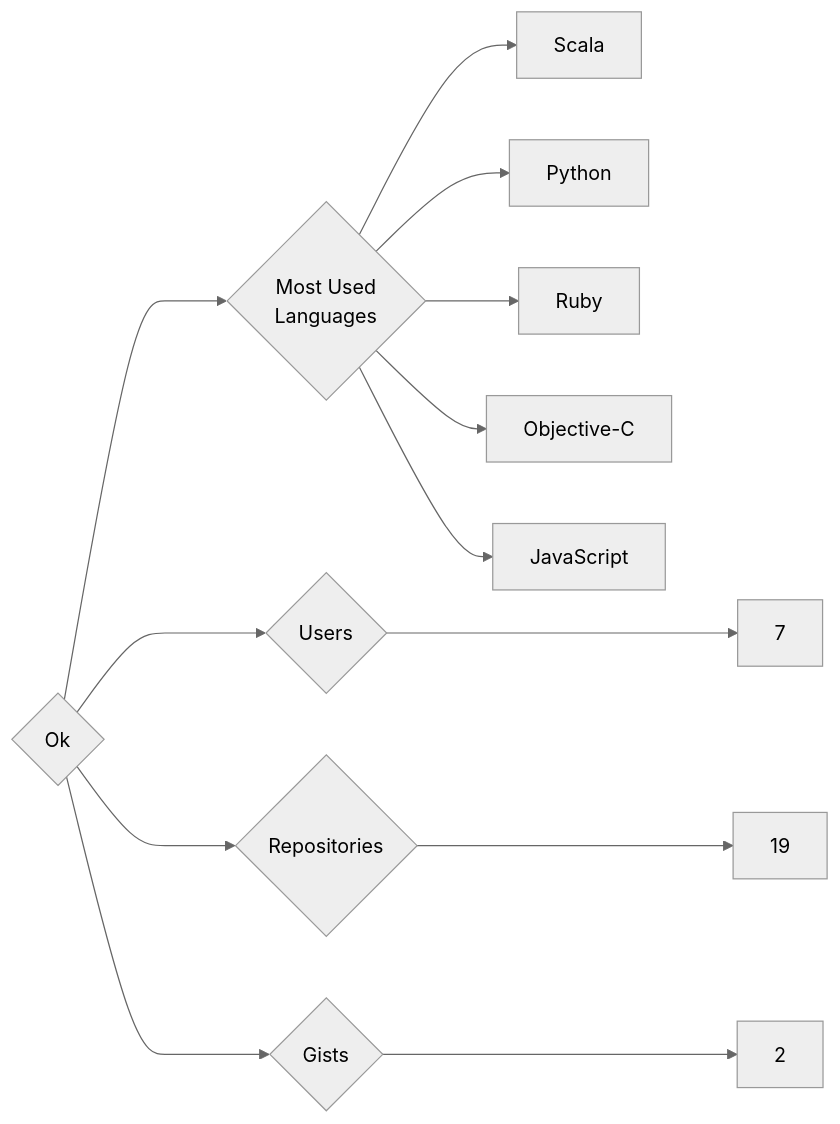
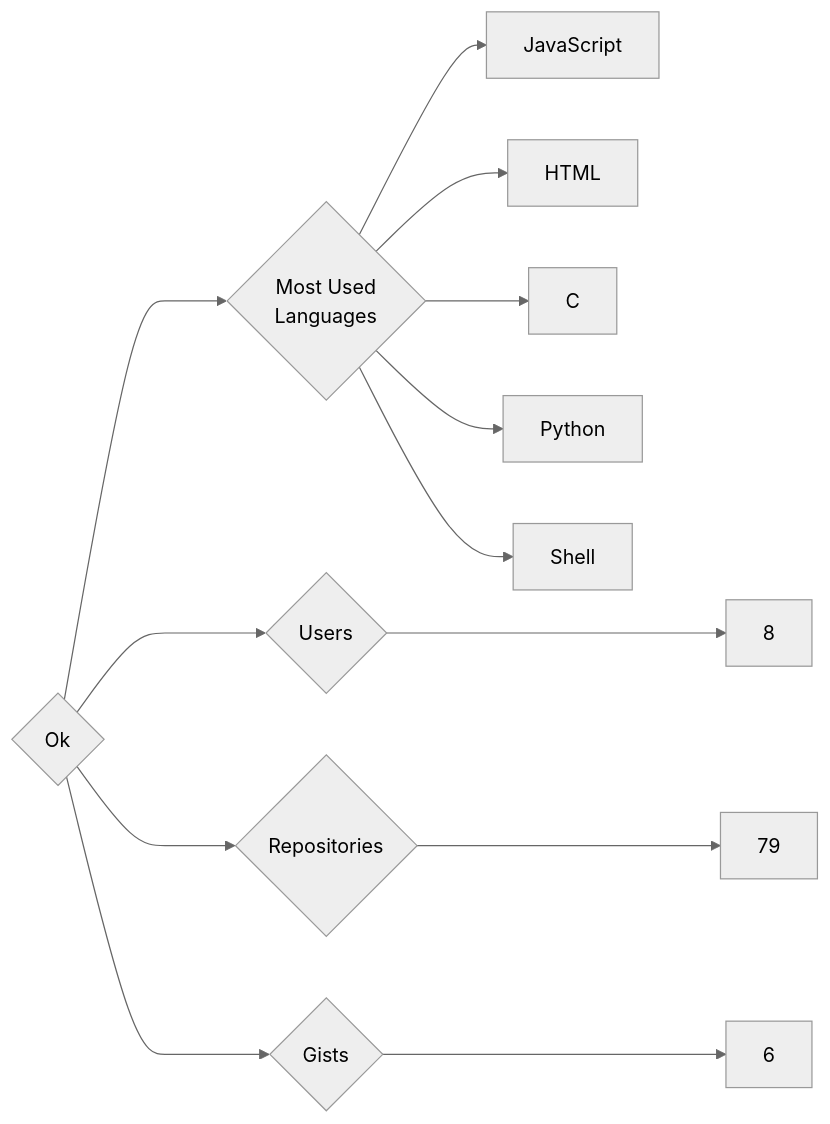
One commit to trickest/insiders changed the diagram in targets/Ok/README.md. Above: the diagram before and after it, drawn with Mermaid (neutral theme). The commit also changed 806 other files, not shown here.

````diff
--- a/targets/Ok/README.md
+++ b/targets/Ok/README.md
@@ -3,13 +3,13 @@
 ```mermaid
 graph LR
 COMPANY_NAME{Ok}
-COMPANY_NAME ---> U{Users} ---> UN[7]
-COMPANY_NAME ---> R{Repositories} ---> RN[19]
-COMPANY_NAME ---> G{Gists} ---> GN[2]
+COMPANY_NAME ---> U{Users} ---> UN[8]
+COMPANY_NAME ---> R{Repositories} ---> RN[79]
+COMPANY_NAME ---> G{Gists} ---> GN[6]
 COMPANY_NAME ---> ML{Most Used<br>Languages}
-ML --> Scala[Scala]
+ML --> JavaScript[JavaScript]
+ML --> HTML[HTML]
+ML --> C[C]
 ML --> Python[Python]
-ML --> Ruby[Ruby]
-ML --> Objective-C[Objective-C]
-ML --> JavaScript[JavaScript]
+ML --> Shell[Shell]
 ```
````
